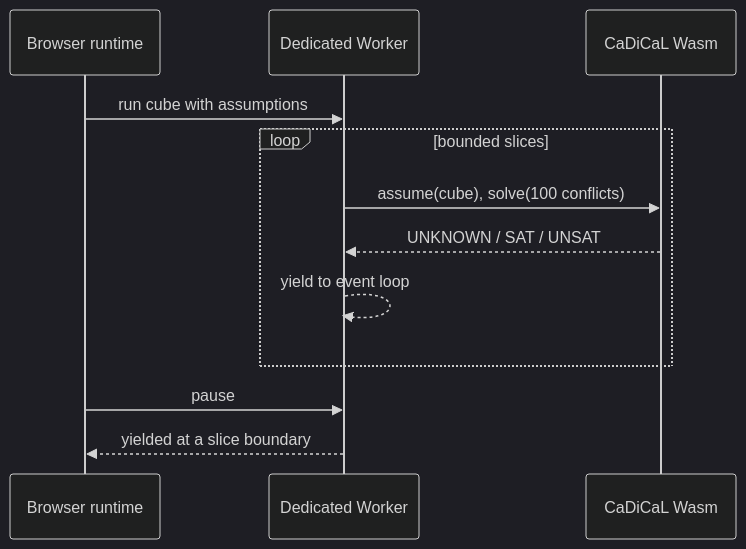
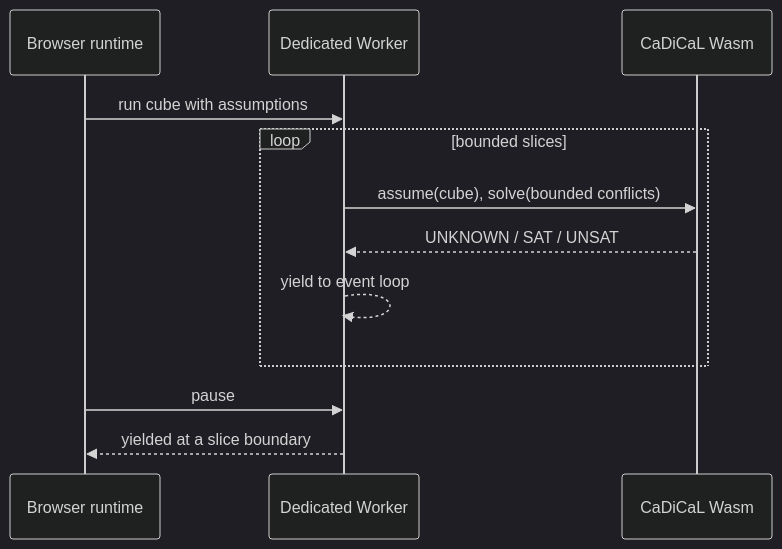
Before and after one commit to LukeLawsonSoftware/hive-sat: the diagram in docs/guide/01-sat-solving.md, drawn with Mermaid (dark theme). The commit also changed other lines of this file and 68 other files, not shown here.

````diff
--- a/docs/guide/01-sat-solving.md
+++ b/docs/guide/01-sat-solving.md
@@ -90,14 +90,14 @@
 ```mermaid
 sequenceDiagram
   participant UI as Browser runtime
   participant DW as Dedicated Worker
   participant C as CaDiCaL Wasm
   UI->>DW: run cube with assumptions
   loop bounded slices
-    DW->>C: assume(cube), solve(100 conflicts)
+    DW->>C: assume(cube), solve(bounded conflicts)
     C-->>DW: UNKNOWN / SAT / UNSAT
     DW-->>DW: yield to event loop
   end
   UI->>DW: pause
   DW-->>UI: yielded at a slice boundary
 ```
````
